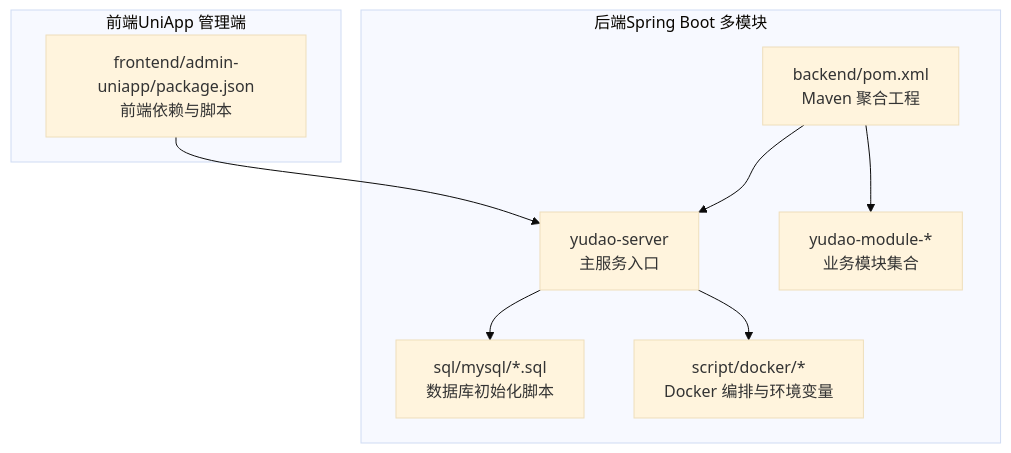
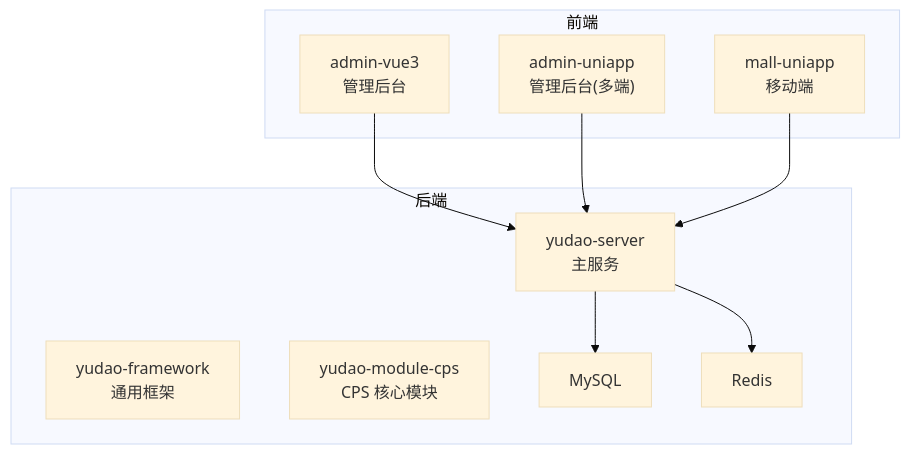
One commit to zhuangpengLI/AgenticCPS changed the first of 5 diagrams in .qoder/repowiki/zh/content/快速开始.md. Above: the diagram before and after it, drawn with Mermaid (base theme). The commit also changed other lines of this file and 293 other files, not shown here.

````diff
--- a/.qoder/repowiki/zh/content/快速开始.md
+++ b/.qoder/repowiki/zh/content/快速开始.md
@@ -33,18 +40,20 @@
 ```mermaid
 graph TB
-subgraph "后端Spring Boot 多模块"
-POM["backend/pom.xml<br/>Maven 聚合工程"]
-YUDAO_SERVER["yudao-server<br/>主服务入口"]
-MODULES["yudao-module-*<br/>业务模块集合"]
-SQL["sql/mysql/*.sql<br/>数据库初始化脚本"]
-DOCKER["script/docker/*<br/>Docker 编排与环境变量"]
+subgraph "后端"
+S["yudao-server<br/>主服务"]
+F["yudao-framework<br/>通用框架"]
+M["yudao-module-cps<br/>CPS 核心模块"]
+DB["MySQL"]
+R["Redis"]
 end
-subgraph "前端UniApp 管理端"
-FE_PKG["frontend/admin-uniapp/package.json<br/>前端依赖与脚本"]
+subgraph "前端"
+A1["admin-vue3<br/>管理后台"]
+A2["admin-uniapp<br/>管理后台(多端)"]
+M2["mall-uniapp<br/>移动端"]
 end
-POM --> YUDAO_SERVER
-POM --> MODULES
-YUDAO_SERVER --> SQL
-YUDAO_SERVER --> DOCKER
-FE_PKG --> YUDAO_SERVER
+S --> DB
+S --> R
+A1 --> S
+A2 --> S
+M2 --> S
 ```
````
